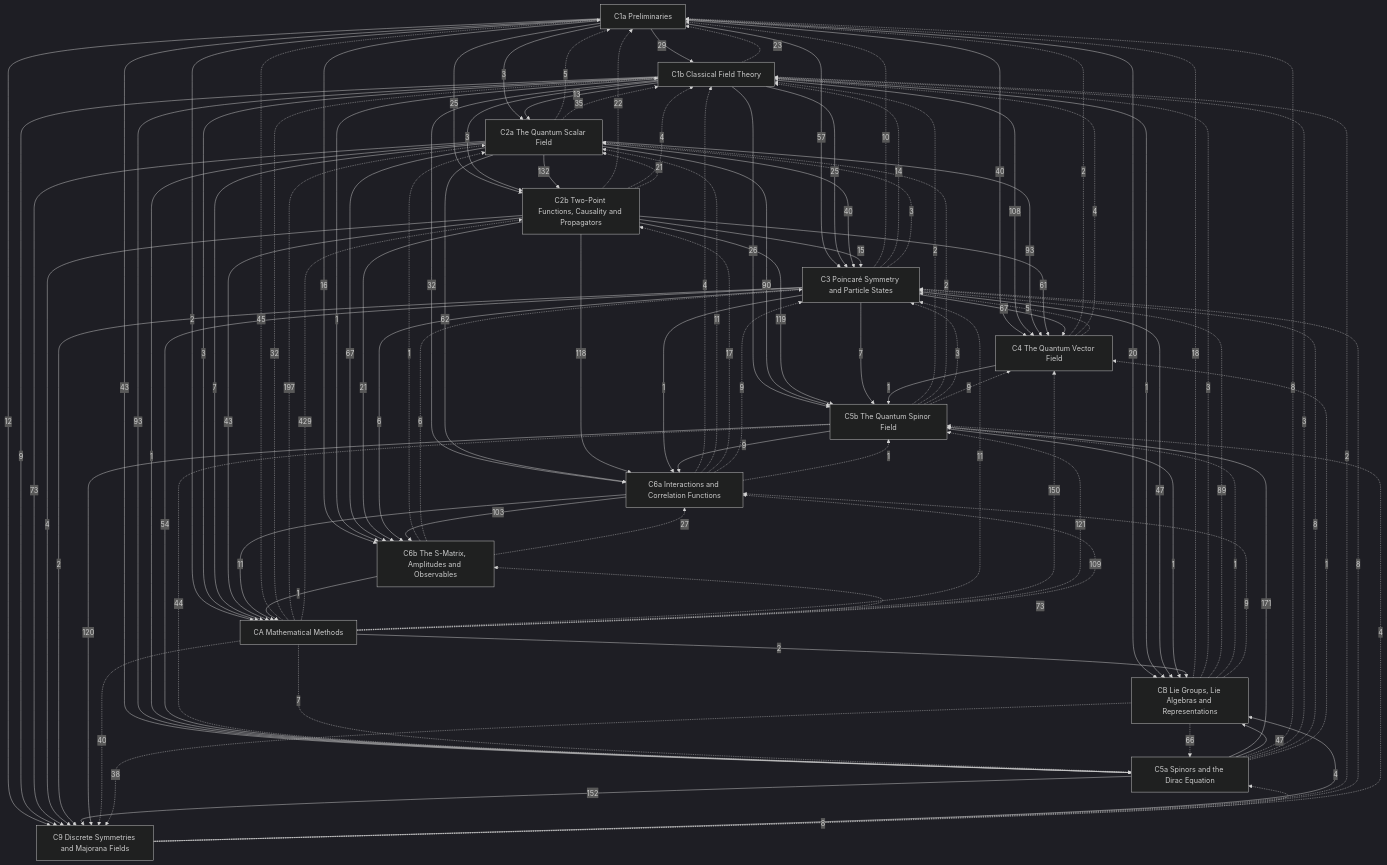
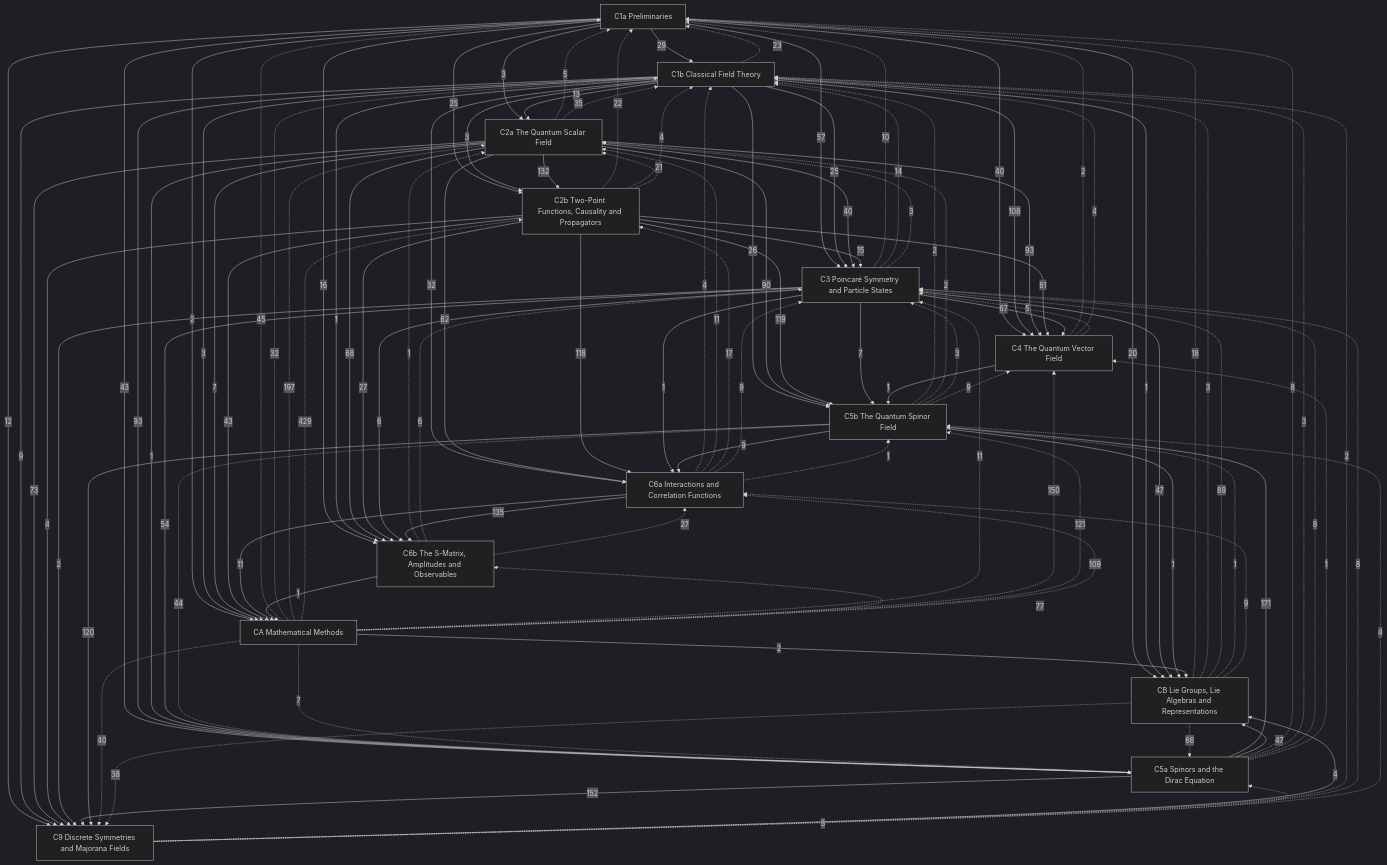
One commit to Onion20040508/notes changed the diagram in Physics/Quantum Field Theory/Quantum Field Theory.md. Above: the diagram before and after it, drawn with Mermaid (dark theme). The commit also changed 16 other files, not shown here.

````diff
--- a/Physics/Quantum Field Theory/Quantum Field Theory.md
+++ b/Physics/Quantum Field Theory/Quantum Field Theory.md
@@ -76,10 +76,10 @@
   C5b -->|9| C6a
   C1a -->|16| C6b
   C1b -->|1| C6b
-  C2a -->|67| C6b
-  C2b -->|21| C6b
+  C2a -->|68| C6b
+  C2b -->|27| C6b
   C3 -->|6| C6b
-  C6a -->|103| C6b
+  C6a -->|135| C6b
   C1a -->|12| C9
   C1b -->|9| C9
   C2a -->|73| C9
@@ -148,7 +148,7 @@
   C6b -.->|27| C6a
   CA -.->|109| C6a
   CB -.->|9| C6a
-  CA -.->|73| C6b
+  CA -.->|77| C6b
   CA -.->|40| C9
   CB -.->|38| C9
 ```
````
